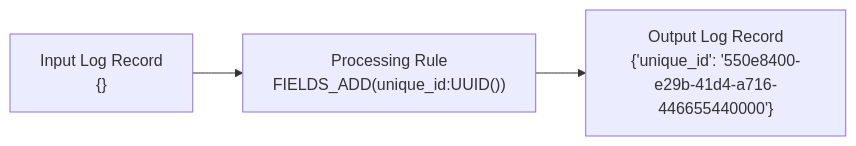
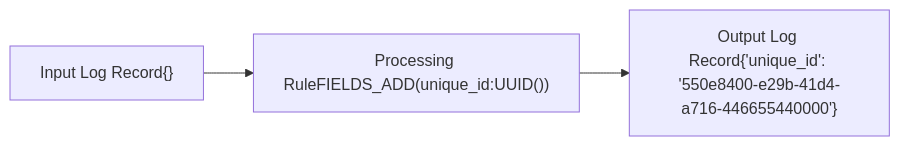
One commit to Marc-Nueno-Montolio/EC_onsite changed diagram 18 of 18 in app/courses/01-log-monitoring/sections/05-create-log-processing-rules/content.md. Above: the diagram before and after it, drawn with Mermaid. The commit also changed other lines of this file and 7 other files, not shown here.

````diff
--- a/app/courses/01-log-monitoring/sections/05-create-log-processing-rules/content.md
+++ b/app/courses/01-log-monitoring/sections/05-create-log-processing-rules/content.md
@@ -227,6 +233,6 @@
-	```mermaid
-	graph LR
-	    id1["Input Log Record<br>{}"] -->
-	    id2["Processing Rule<br>FIELDS_ADD(unique_id:UUID())"] -->
-	    id3["Output Log Record<br>{'unique_id': '550e8400-e29b-41d4-a716-446655440000'}"]
-	```
+```mermaid
+graph LR
+	id1["Input Log Record{}"] -->
+	id2["Processing RuleFIELDS_ADD(unique_id:UUID())"] -->
+	id3["Output Log Record{'unique_id': '550e8400-e29b-41d4-a716-446655440000'}"]
+```
````
